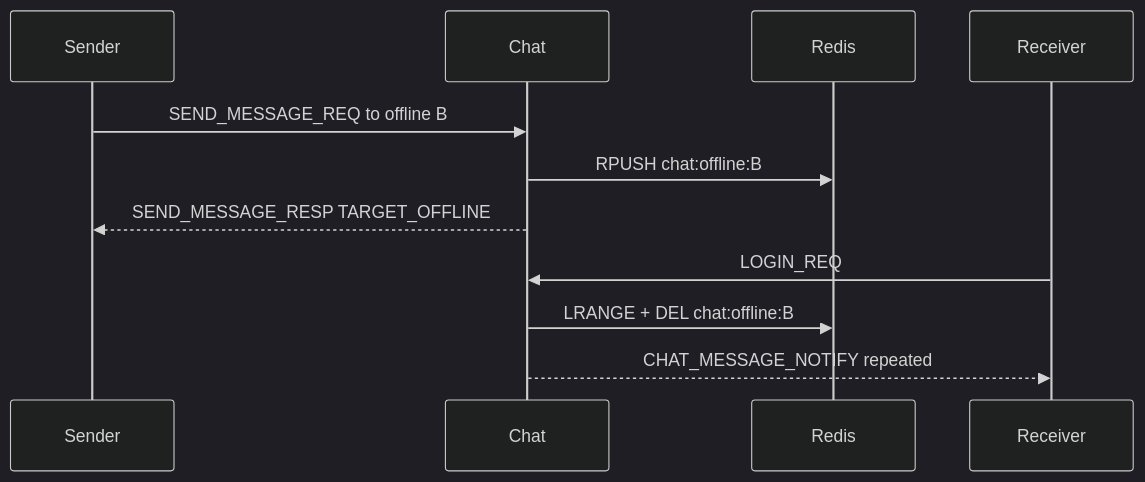
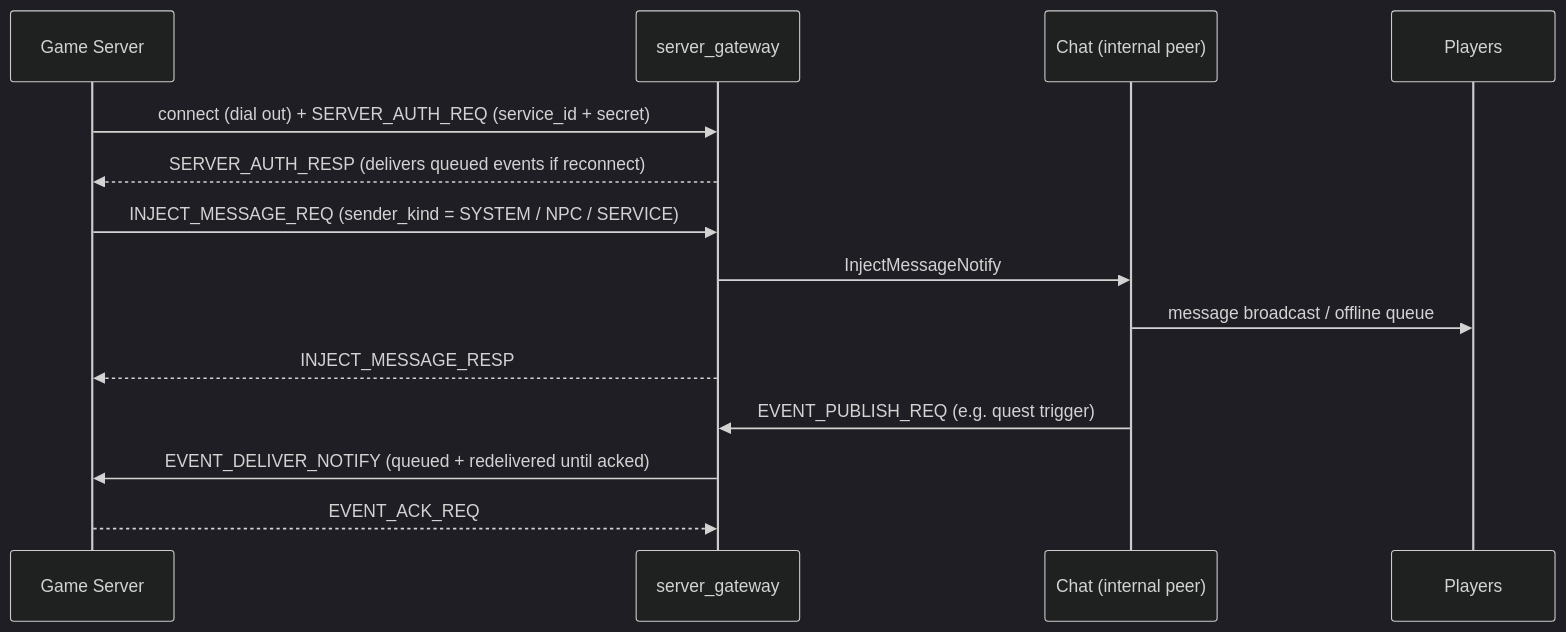
Before and after one commit to cuihairu/chirp: the fourth of 4 diagrams in docs/architecture.md, drawn with Mermaid (dark theme). The commit also changed other lines of this file, not shown here.

First line of the commit message:
docs(architecture): 决定三边缘接入拓扑（游戏客户端/App/游戏服务端各自独立网关）

````diff
--- a/docs/architecture.md
+++ b/docs/architecture.md
@@ -199,14 +244,17 @@
 ```mermaid
 sequenceDiagram
-    participant A as Sender
-    participant C as Chat
-    participant R as Redis
-    participant B as Receiver
+    participant GS as Game Server
+    participant SG as server_gateway
+    participant CH as Chat (internal peer)
+    participant P as Players
 
-    A->>C: SEND_MESSAGE_REQ to offline B
-    C->>R: RPUSH chat:offline:B
-    C-->>A: SEND_MESSAGE_RESP TARGET_OFFLINE
-    B->>C: LOGIN_REQ
-    C->>R: LRANGE + DEL chat:offline:B
-    C-->>B: CHAT_MESSAGE_NOTIFY repeated
+    GS->>SG: connect (dial out) + SERVER_AUTH_REQ (service_id + secret)
+    SG-->>GS: SERVER_AUTH_RESP (delivers queued events if reconnect)
+    GS->>SG: INJECT_MESSAGE_REQ (sender_kind = SYSTEM / NPC / SERVICE)
+    SG->>CH: InjectMessageNotify
+    CH->>P: message broadcast / offline queue
+    SG-->>GS: INJECT_MESSAGE_RESP
+    CH->>SG: EVENT_PUBLISH_REQ (e.g. quest trigger)
+    SG->>GS: EVENT_DELIVER_NOTIFY (queued + redelivered until acked)
+    GS-->>SG: EVENT_ACK_REQ
 ```
````
